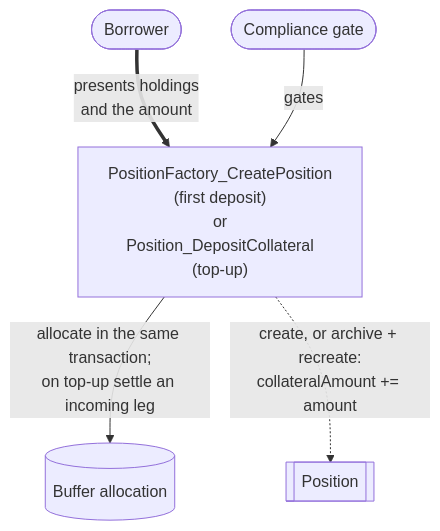
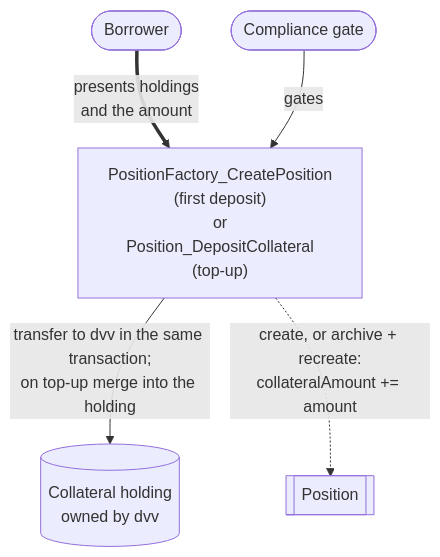
The second of 7 diagrams in docs/reference-architectures/lending.md (OpenZeppelin/canton-specs), drawn with Mermaid before and after one commit. The commit also changed other lines of this file, not shown here.

````diff
--- a/docs/reference-architectures/lending.md
+++ b/docs/reference-architectures/lending.md
@@ -275,13 +283,13 @@
 ```mermaid
 flowchart TD
     Borrower([Borrower])
     Compliance(["Compliance gate"])
     Choice["PositionFactory_CreatePosition<br/>(first deposit)<br/>or<br/>Position_DepositCollateral<br/>(top-up)"]
     Position[["Position"]]
-    Collateral[("Buffer allocation")]
+    Collateral[("Collateral holding<br/>owned by dvv")]
 
     Borrower ==>|"presents holdings<br/>and the amount"| Choice
     Compliance -->|"gates"| Choice
-    Choice -->|"allocate in the same transaction;<br/>on top-up settle an incoming leg"| Collateral
+    Choice -->|"transfer to dvv in the same transaction;<br/>on top-up merge into the holding"| Collateral
     Choice -.->|"create, or archive + recreate:<br/>collateralAmount += amount"| Position
 ```
````
